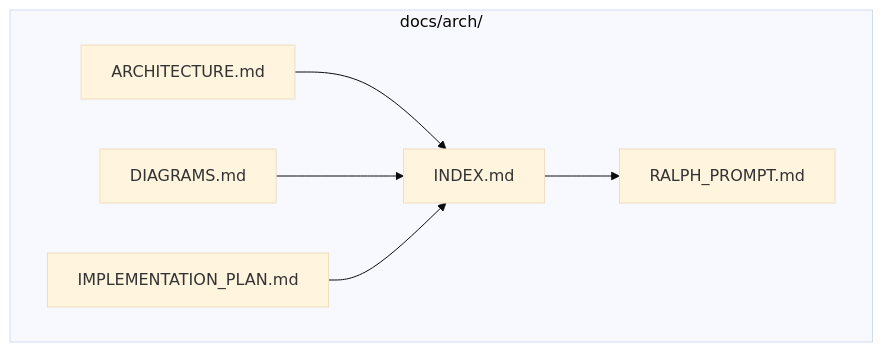
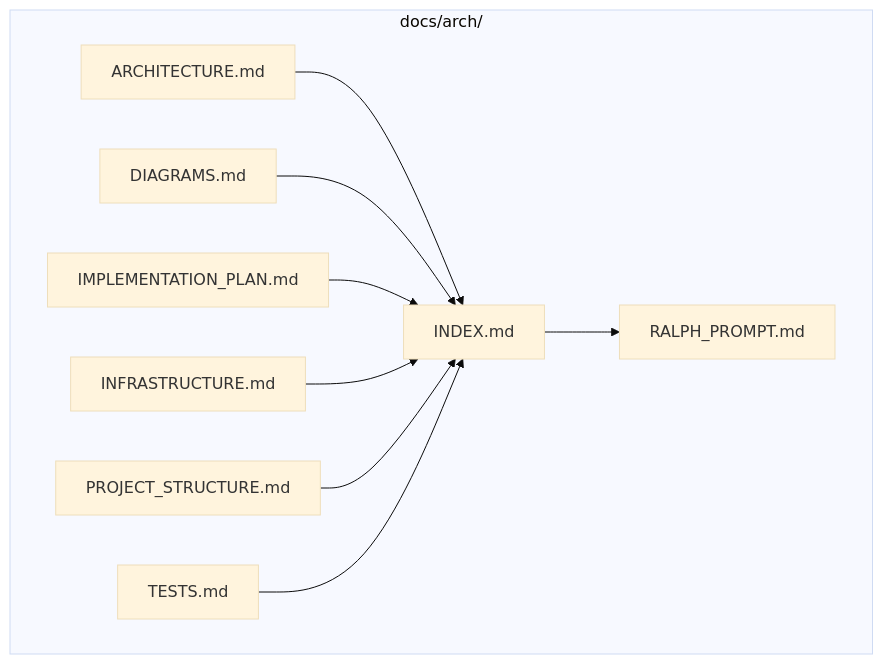
The third of 4 diagrams in README.md (FacetOfVerity/v-to-ralph), drawn with Mermaid (base theme) before and after one commit. The commit also changed other lines of this file and 1 other file, not shown here.

````diff
--- a/README.md
+++ b/README.md
@@ -79,15 +79,21 @@
 ```mermaid
 graph TD
     subgraph docs/arch/
         ARCH[ARCHITECTURE.md]
         DIAG[DIAGRAMS.md]
         PLAN[IMPLEMENTATION_PLAN.md]
+        INFRA[INFRASTRUCTURE.md]
+        STRUCT[PROJECT_STRUCTURE.md]
+        TESTS[TESTS.md]
         INDEX[INDEX.md]
         RALPH[RALPH_PROMPT.md]
     end
 
     ARCH --> INDEX
     DIAG --> INDEX
     PLAN --> INDEX
+    INFRA --> INDEX
+    STRUCT --> INDEX
+    TESTS --> INDEX
     INDEX --> RALPH
 ```
````
